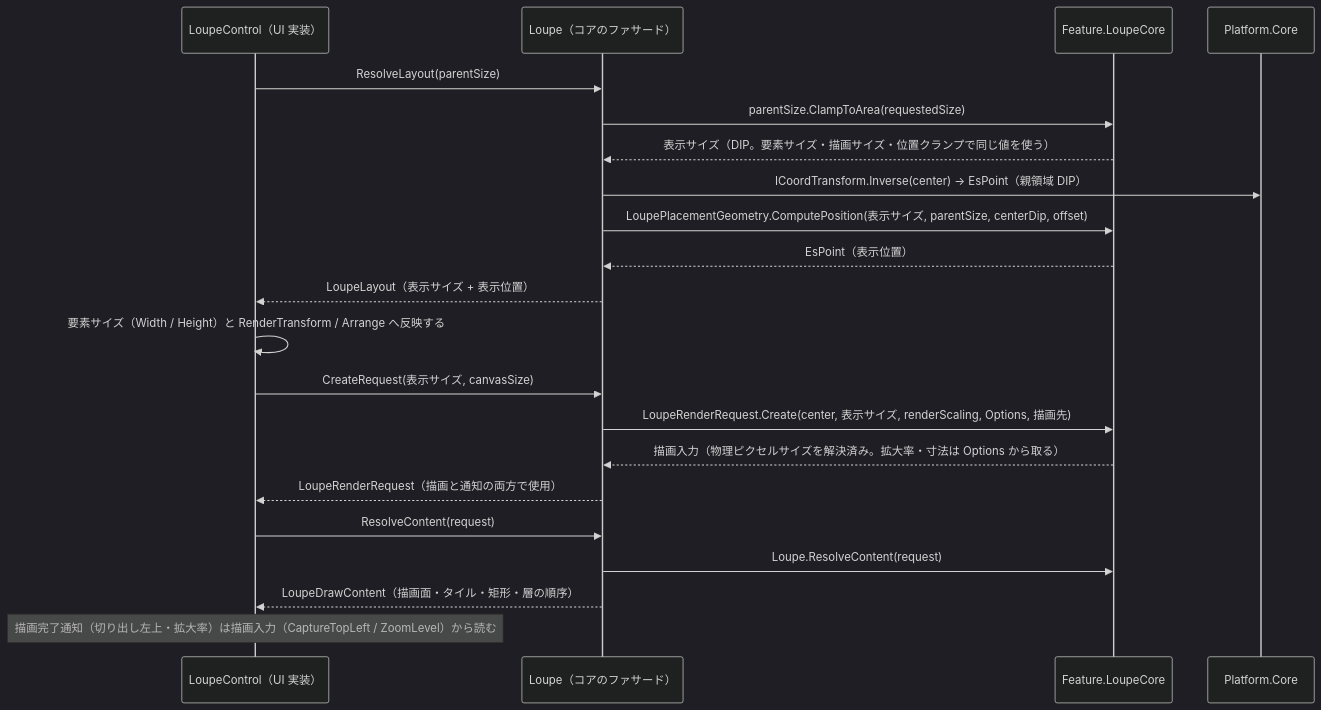
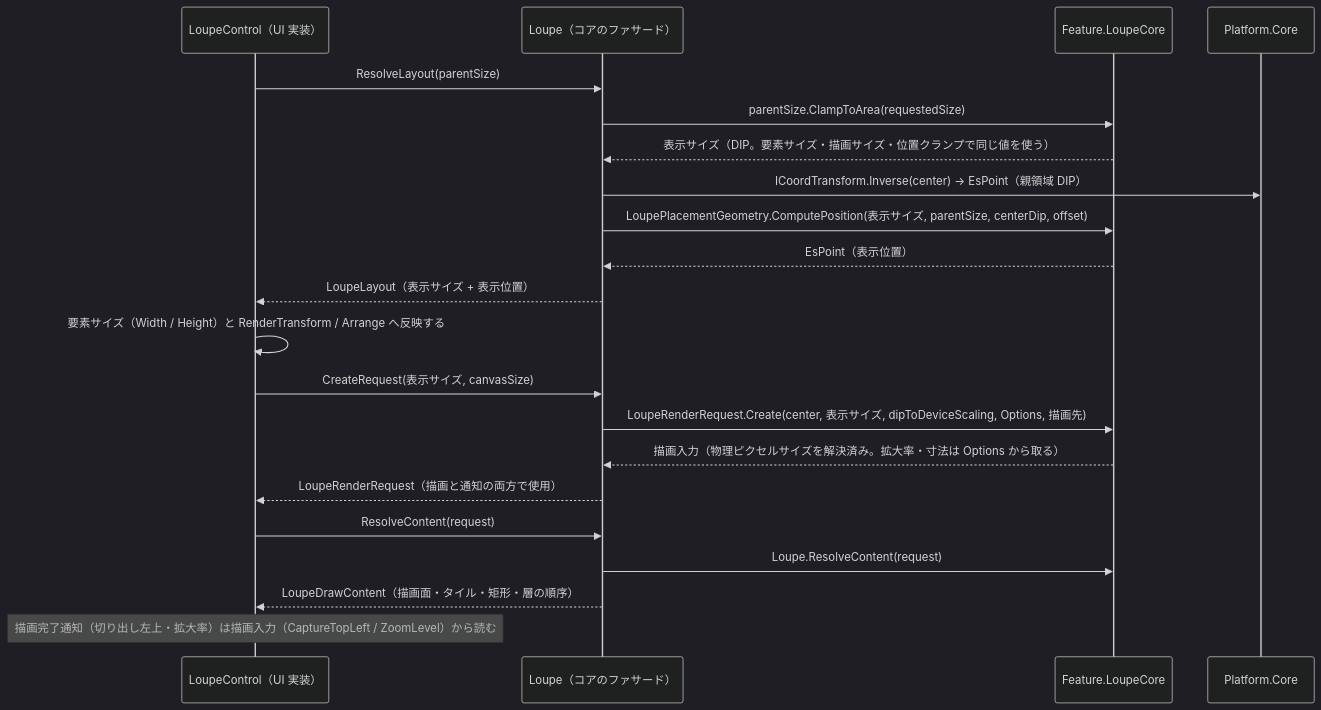
One commit to tomokuni/SaveEvidence changed the second of 2 diagrams in src/Feature.LoupeCore/SPEC_System.md. Above: the diagram before and after it, drawn with Mermaid (dark theme). The commit also changed other lines of this file and 11 other files, not shown here.

````diff
--- a/src/Feature.LoupeCore/SPEC_System.md
+++ b/src/Feature.LoupeCore/SPEC_System.md
@@ -64,27 +74,27 @@
 ```mermaid
 sequenceDiagram
   participant UI as LoupeControl（UI 実装）
   participant Fac as Loupe（コアのファサード）
   participant Core as Feature.LoupeCore
   participant PC as Platform.Core
 
   UI->>Fac: ResolveLayout(parentSize)
   Fac->>Core: parentSize.ClampToArea(requestedSize)
   Core-->>Fac: 表示サイズ（DIP。要素サイズ・描画サイズ・位置クランプで同じ値を使う）
   Fac->>PC: ICoordTransform.Inverse(center) → EsPoint（親領域 DIP）
   Fac->>Core: LoupePlacementGeometry.ComputePosition(表示サイズ, parentSize, centerDip, offset)
   Core-->>Fac: EsPoint（表示位置）
   Fac-->>UI: LoupeLayout（表示サイズ + 表示位置）
   UI->>UI: 要素サイズ（Width / Height）と RenderTransform / Arrange へ反映する
 
   UI->>Fac: CreateRequest(表示サイズ, canvasSize)
-  Fac->>Core: LoupeRenderRequest.Create(center, 表示サイズ, renderScaling, Options, 描画先)
+  Fac->>Core: LoupeRenderRequest.Create(center, 表示サイズ, dipToDeviceScaling, Options, 描画先)
   Core-->>Fac: 描画入力（物理ピクセルサイズを解決済み。拡大率・寸法は Options から取る）
   Fac-->>UI: LoupeRenderRequest（描画と通知の両方で使用）
 
   UI->>Fac: ResolveContent(request)
   Fac->>Core: Loupe.ResolveContent(request)
   Fac-->>UI: LoupeDrawContent（描画面・タイル・矩形・層の順序）
 
   Note over UI: 描画完了通知（切り出し左上・拡大率）は描画入力（CaptureTopLeft / ZoomLevel）から読む
 ```
````
